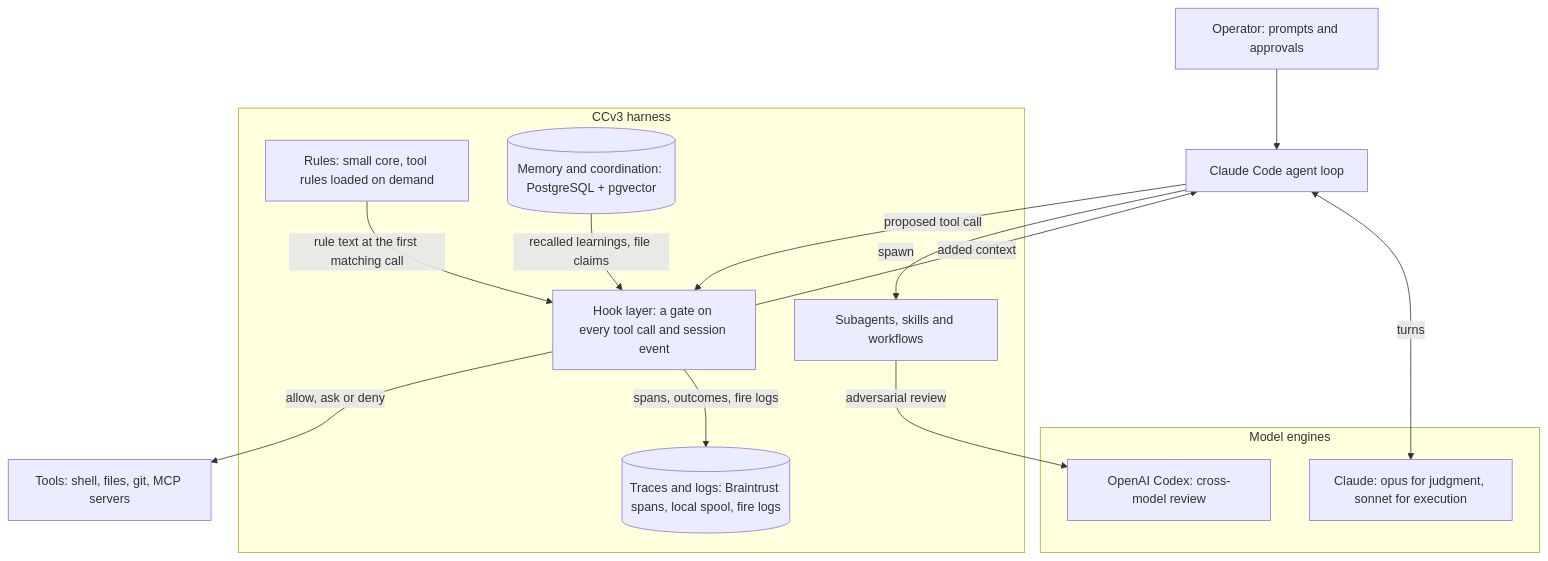
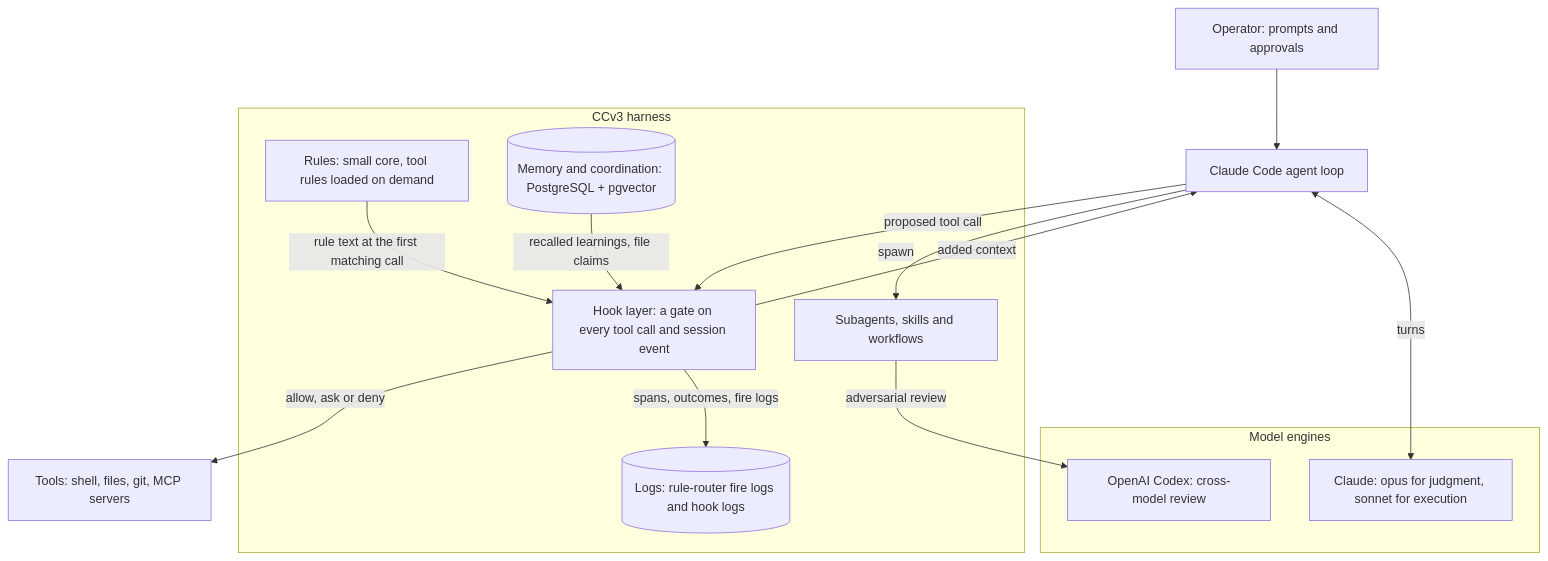
The diagram in README.md (Rev4nchist/Continuous-Claude-v3), drawn with Mermaid before and after one commit. The commit also changed other lines of this file and 86 other files, not shown here.

````diff
--- a/README.md
+++ b/README.md
@@ -34,31 +34,31 @@
 ```mermaid
 flowchart TB
     op["Operator: prompts and approvals"]
     loop["Claude Code agent loop"]
 
     subgraph engines["Model engines"]
         claude["Claude: opus for judgment, sonnet for execution"]
         codex["OpenAI Codex: cross-model review"]
     end
 
     subgraph harness["CCv3 harness"]
         hooks["Hook layer: a gate on every tool call and session event"]
         rules["Rules: small core, tool rules loaded on demand"]
         agents["Subagents, skills and workflows"]
         memory[("Memory and coordination: PostgreSQL + pgvector")]
-        traces[("Traces and logs: Braintrust spans, local spool, fire logs")]
+        traces[("Logs: rule-router fire logs and hook logs")]
     end
 
     tools["Tools: shell, files, git, MCP servers"]
 
     op --> loop
     loop <-->|"turns"| claude
     loop -->|"proposed tool call"| hooks
     hooks -->|"allow, ask or deny"| tools
     rules -->|"rule text at the first matching call"| hooks
     memory -->|"recalled learnings, file claims"| hooks
     hooks -->|"added context"| loop
     hooks -->|"spans, outcomes, fire logs"| traces
     loop -->|"spawn"| agents
     agents -->|"adversarial review"| codex
 ```
````
